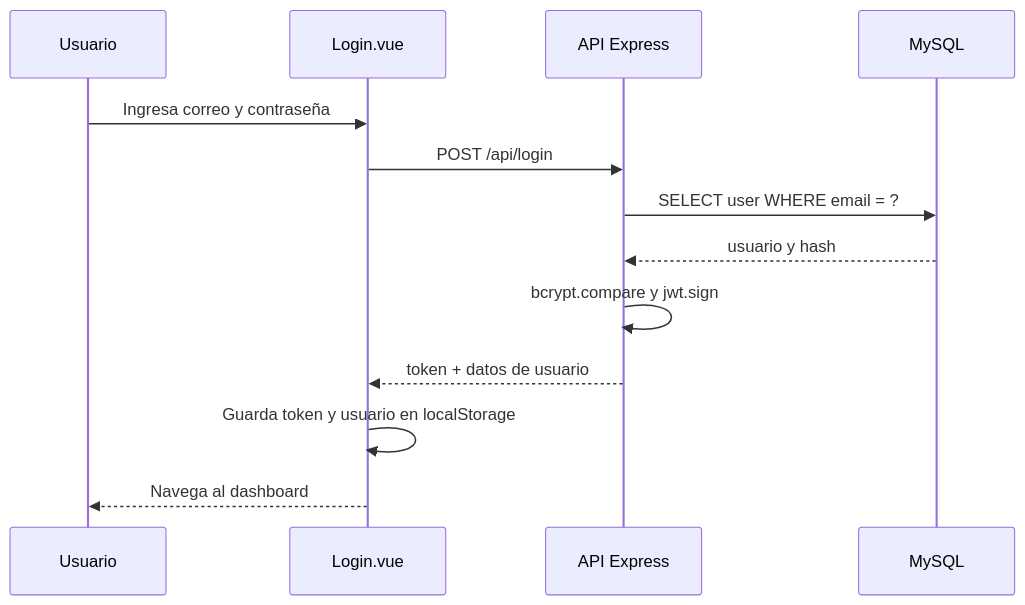
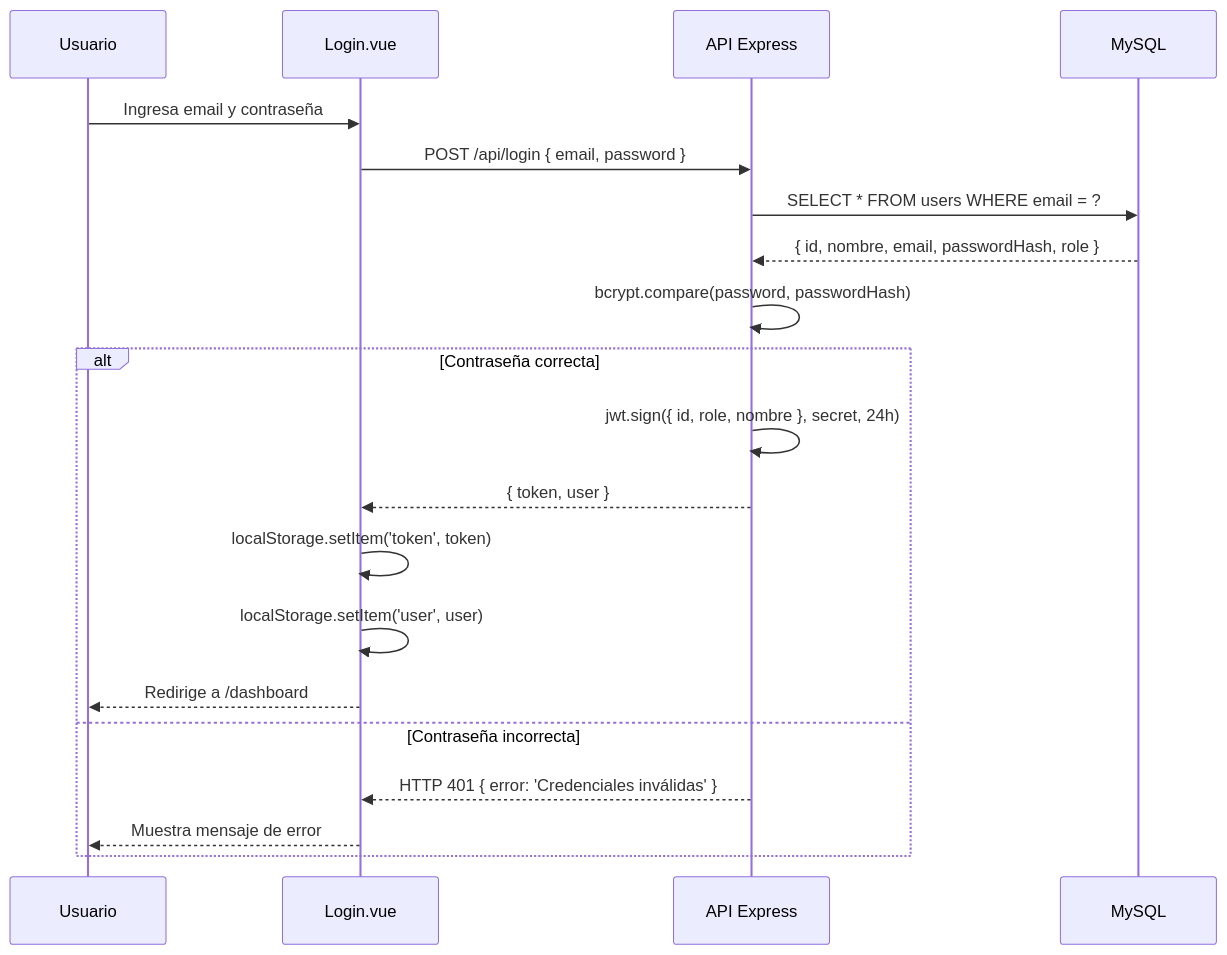
The fourth of 5 diagrams in docs/UML.md (nazarenonicole15-netizen/ENCUBADORA-DE-HUEVO-ARDUINO), drawn with Mermaid before and after one commit. The commit also changed other lines of this file and 5 other files, not shown here.

````diff
--- a/docs/UML.md
+++ b/docs/UML.md
@@ -97,15 +157,23 @@
 ```mermaid
 sequenceDiagram
   participant U as Usuario
   participant F as Login.vue
   participant A as API Express
   participant D as MySQL
-  U->>F: Ingresa correo y contraseña
-  F->>A: POST /api/login
-  A->>D: SELECT user WHERE email = ?
-  D-->>A: usuario y hash
-  A->>A: bcrypt.compare y jwt.sign
-  A-->>F: token + datos de usuario
-  F->>F: Guarda token y usuario en localStorage
-  F-->>U: Navega al dashboard
+
+  U->>F: Ingresa email y contraseña
+  F->>A: POST /api/login { email, password }
+  A->>D: SELECT * FROM users WHERE email = ?
+  D-->>A: { id, nombre, email, passwordHash, role }
+  A->>A: bcrypt.compare(password, passwordHash)
+  alt Contraseña correcta
+    A->>A: jwt.sign({ id, role, nombre }, secret, 24h)
+    A-->>F: { token, user }
+    F->>F: localStorage.setItem('token', token)
+    F->>F: localStorage.setItem('user', user)
+    F-->>U: Redirige a /dashboard
+  else Contraseña incorrecta
+    A-->>F: HTTP 401 { error: 'Credenciales inválidas' }
+    F-->>U: Muestra mensaje de error
+  end
 ```
````
